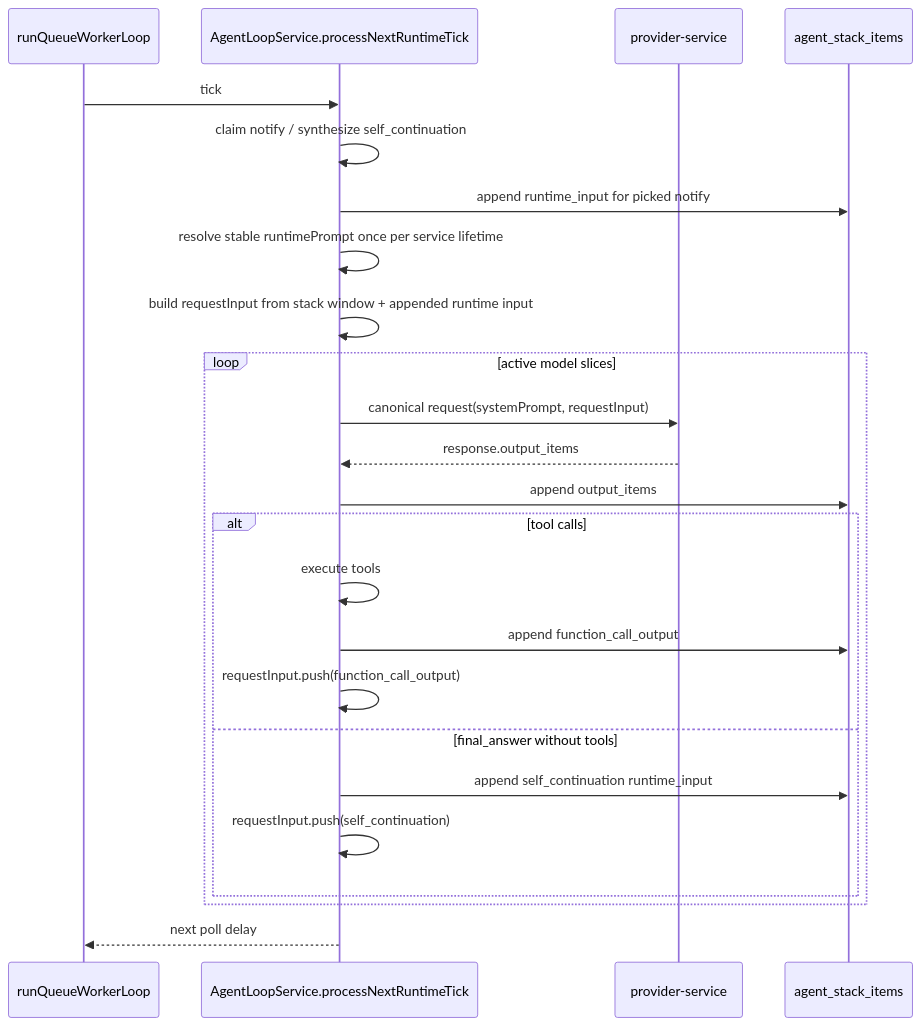
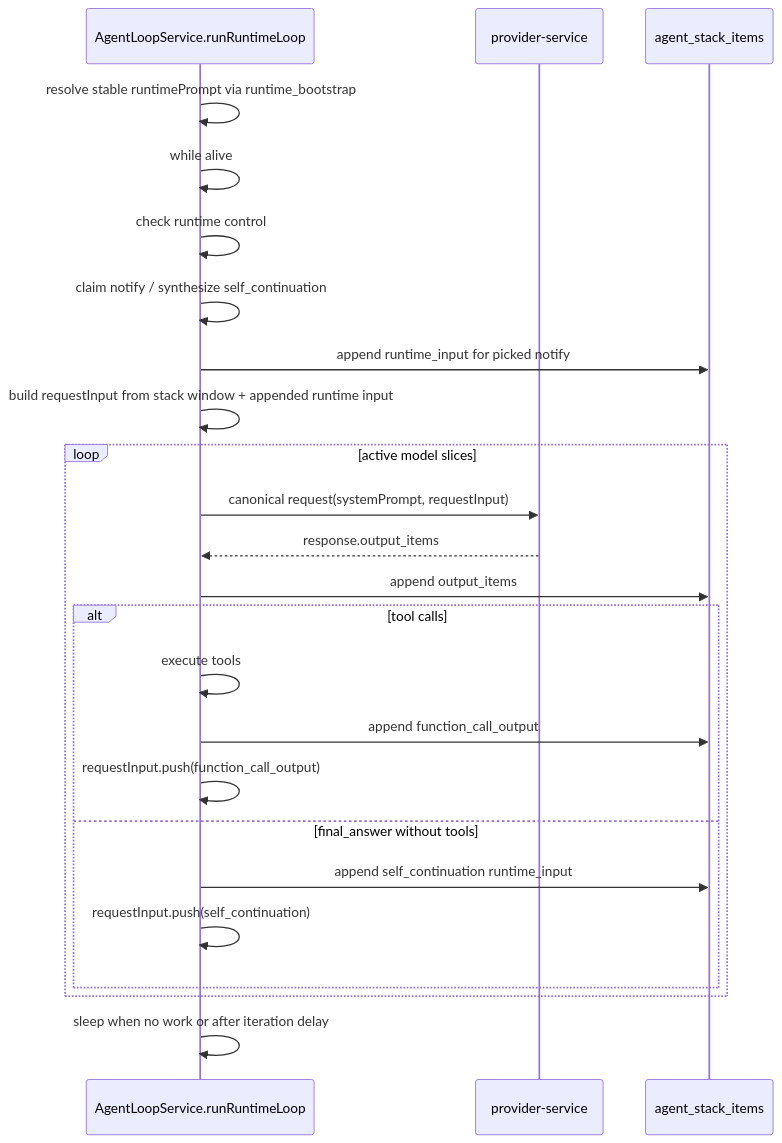
Before and after one commit to Hei-AI/xiaoni_cc: the diagram in docs/XIAONI_NOTIFY_RUNTIME_ARCHITECTURE.md, drawn with Mermaid. The commit also changed other lines of this file and 7 other files, not shown here.

Commit message:
fix: move Xiaoni runtime loop into agent service

````diff
--- a/docs/XIAONI_NOTIFY_RUNTIME_ARCHITECTURE.md
+++ b/docs/XIAONI_NOTIFY_RUNTIME_ARCHITECTURE.md
@@ -46,27 +48,27 @@
 ```mermaid
 sequenceDiagram
-  participant W as runQueueWorkerLoop
-  participant L as AgentLoopService.processNextRuntimeTick
+  participant L as AgentLoopService.runRuntimeLoop
   participant P as provider-service
   participant S as agent_stack_items
 
-  W->>L: tick
+  L->>L: resolve stable runtimePrompt via runtime_bootstrap
+  L->>L: while alive
+  L->>L: check runtime control
   L->>L: claim notify / synthesize self_continuation
   L->>S: append runtime_input for picked notify
-  L->>L: resolve stable runtimePrompt once per service lifetime
   L->>L: build requestInput from stack window + appended runtime input
   loop active model slices
     L->>P: canonical request(systemPrompt, requestInput)
     P-->>L: response.output_items
     L->>S: append output_items
     alt tool calls
       L->>L: execute tools
       L->>S: append function_call_output
       L->>L: requestInput.push(function_call_output)
     else final_answer without tools
       L->>S: append self_continuation runtime_input
       L->>L: requestInput.push(self_continuation)
     end
   end
-  L-->>W: next poll delay
+  L->>L: sleep when no work or after iteration delay
 ```
````
